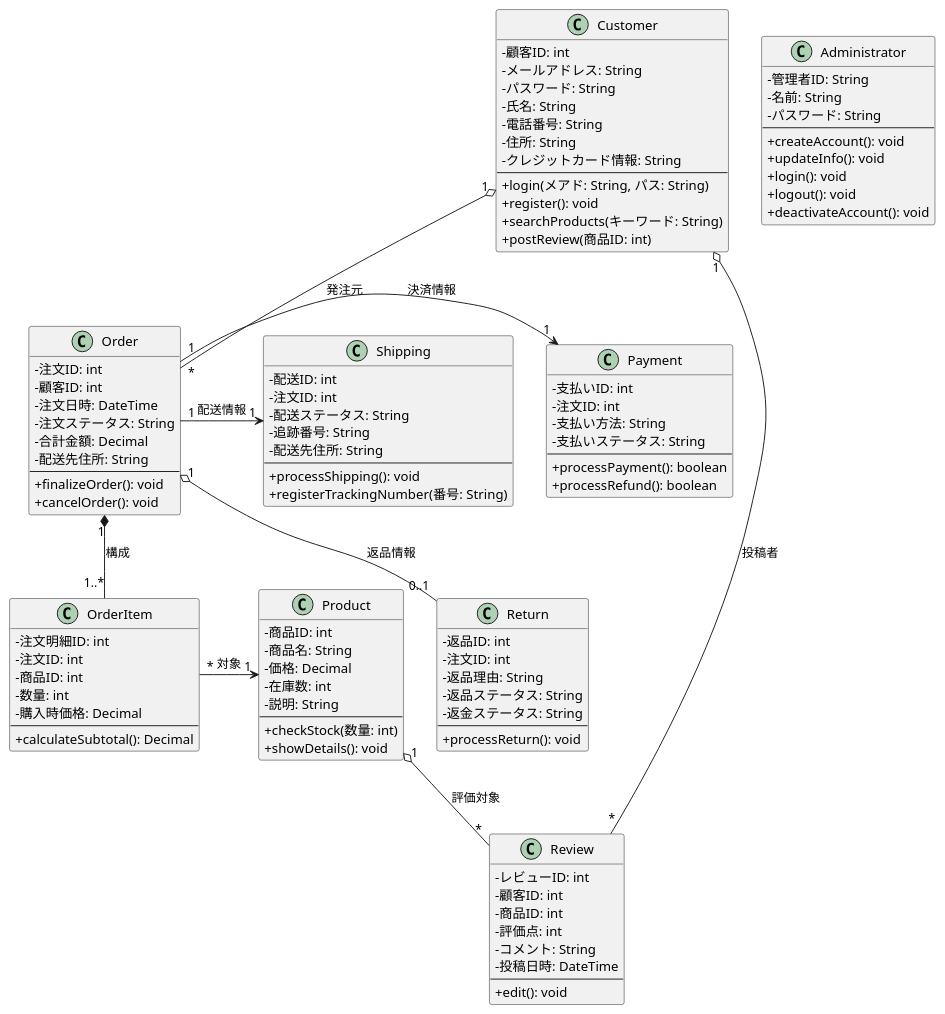
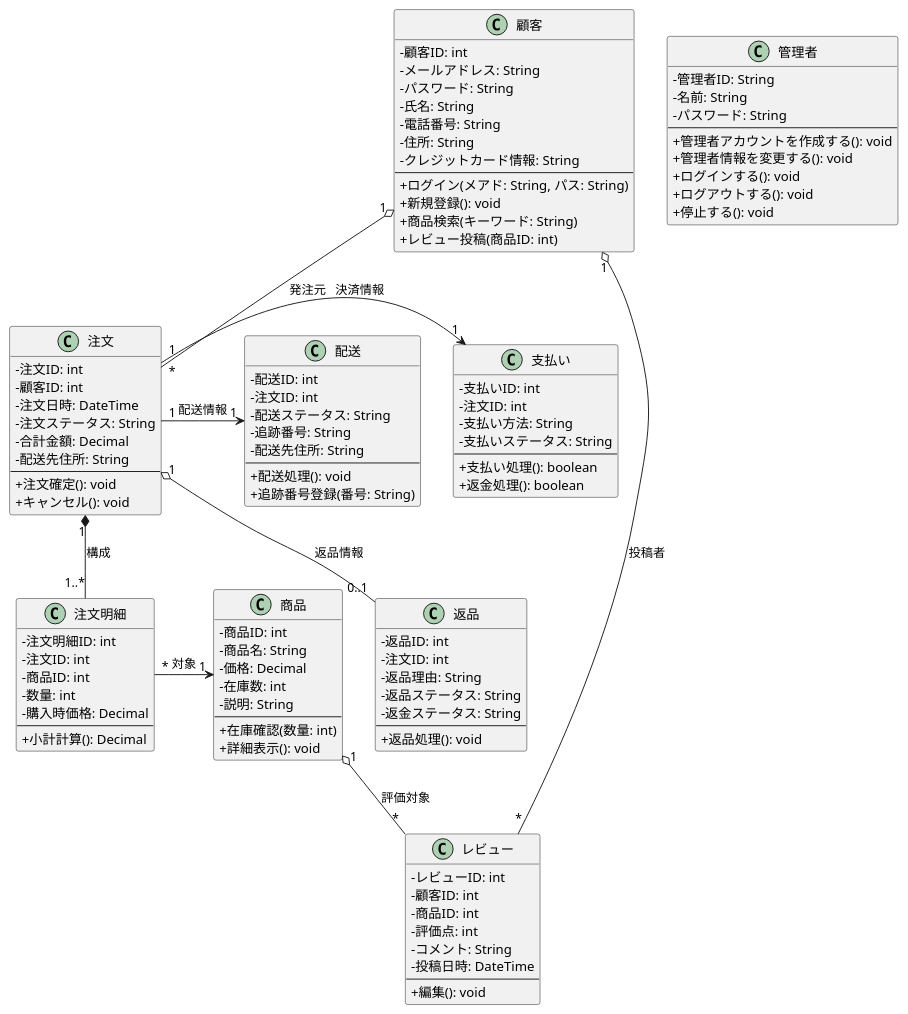
Before and after one commit to mameiku/group3-4: the diagram in class.pu, drawn with PlantUML.

Commit message:
コミット

```diff
--- a/class.pu
+++ b/class.pu
@@ -1,136 +1,136 @@
-@startuml .
+@startuml BBShop_DomainModel_Naming
 skinparam handwritten false
 skinparam classAttributeIconSize 0
 skinparam defaultFontName "メイリオ"
 
-class Administrator {
+class 管理者 {
     - 管理者ID: String
     - 名前: String
     - パスワード: String
     --
-    + createAccount(): void
-    + updateInfo(): void
-    + login(): void
-    + logout(): void
-    + deactivateAccount(): void
+    + 管理者アカウントを作成する(): void
+    + 管理者情報を変更する(): void
+    + ログインする(): void
+    + ログアウトする(): void
+    + 停止する(): void
 }
 
-class Customer {
+class 顧客 {
     - 顧客ID: int
     - メールアドレス: String
     - パスワード: String
     - 氏名: String
     - 電話番号: String
     - 住所: String
     - クレジットカード情報: String
     --
-    + login(メアド: String, パス: String)
-    + register(): void
-    + searchProducts(キーワード: String)
-    + postReview(商品ID: int)
+    + ログイン(メアド: String, パス: String)
+    + 新規登録(): void
+    + 商品検索(キーワード: String)
+    + レビュー投稿(商品ID: int)
 }
 
-class Product {
+class 商品 {
     - 商品ID: int
     - 商品名: String
     - 価格: Decimal
     - 在庫数: int
     - 説明: String
     --
-    + checkStock(数量: int)
-    + showDetails(): void
+    + 在庫確認(数量: int)
+    + 詳細表示(): void
 }
 
-class Order {
+class 注文 {
     - 注文ID: int
     - 顧客ID: int
     - 注文日時: DateTime
     - 注文ステータス: String
     - 合計金額: Decimal
     - 配送先住所: String
     --
-    + finalizeOrder(): void
-    + cancelOrder(): void
+    + 注文確定(): void
+    + キャンセル(): void
 }
 
-class OrderItem {
+class 注文明細 {
     - 注文明細ID: int
     - 注文ID: int
     - 商品ID: int
     - 数量: int
     - 購入時価格: Decimal
     --
-    + calculateSubtotal(): Decimal
+    + 小計計算(): Decimal
 }
 
-class Review {
+class レビュー {
     - レビューID: int
     - 顧客ID: int
     - 商品ID: int
     - 評価点: int
     - コメント: String
     - 投稿日時: DateTime
     --
-    + edit(): void
+    + 編集(): void
 }
 
-class Payment {
+class 支払い {
     - 支払いID: int
     - 注文ID: int
     - 支払い方法: String
     - 支払いステータス: String
     --
-    + processPayment(): boolean
-    + processRefund(): boolean
+    + 支払い処理(): boolean
+    + 返金処理(): boolean
 }
 
-class Shipping {
+class 配送 {
     - 配送ID: int
     - 注文ID: int
     - 配送ステータス: String
     - 追跡番号: String
     - 配送先住所: String
     --
-    + processShipping(): void
-    + registerTrackingNumber(番号: String)
+    + 配送処理(): void
+    + 追跡番号登録(番号: String)
 }
 
-class Return {
+class 返品 {
     - 返品ID: int
     - 注文ID: int
     - 返品理由: String
     - 返品ステータス: String
     - 返金ステータス: String
     --
-    + processReturn(): void
+    + 返品処理(): void
 }
 
 ' ====================================================================
 ' 関連定義
 ' ====================================================================
 
 ' 顧客 - 注文 (1対多)
-Customer "1" o-- "*" Order : 発注元
+顧客 "1" o-- "*" 注文 : 発注元
 
 ' 注文 - 注文明細 (1対多/コンポジション)
-Order "1" *-- "1..*" OrderItem : 構成
+注文 "1" *-- "1..*" 注文明細 : 構成
 
 ' 注文明細 -> 商品 (多対1/一方向)
-OrderItem "*" -> "1" Product : 対象
+注文明細 "*" -> "1" 商品 : 対象
 
 ' 顧客 - レビュー (1対多)
-Customer "1" o-- "*" Review : 投稿者
+顧客 "1" o-- "*" レビュー : 投稿者
 
 ' 商品 - レビュー (1対多)
-Product "1" o-- "*" Review : 評価対象
+商品 "1" o-- "*" レビュー : 評価対象
 
 ' 注文 -> 支払い (1対1/一方向)
-Order "1" -> "1" Payment : 決済情報
+注文 "1" -> "1" 支払い : 決済情報
 
 ' 注文 -> 配送 (1対1/一方向)
-Order "1" -> "1" Shipping : 配送情報
+注文 "1" -> "1" 配送 : 配送情報
 
 ' 注文 - 返品 (1対0..1)
-Order "1" o-- "0..1" Return : 返品情報
+注文 "1" o-- "0..1" 返品 : 返品情報
 
 @enduml
```
